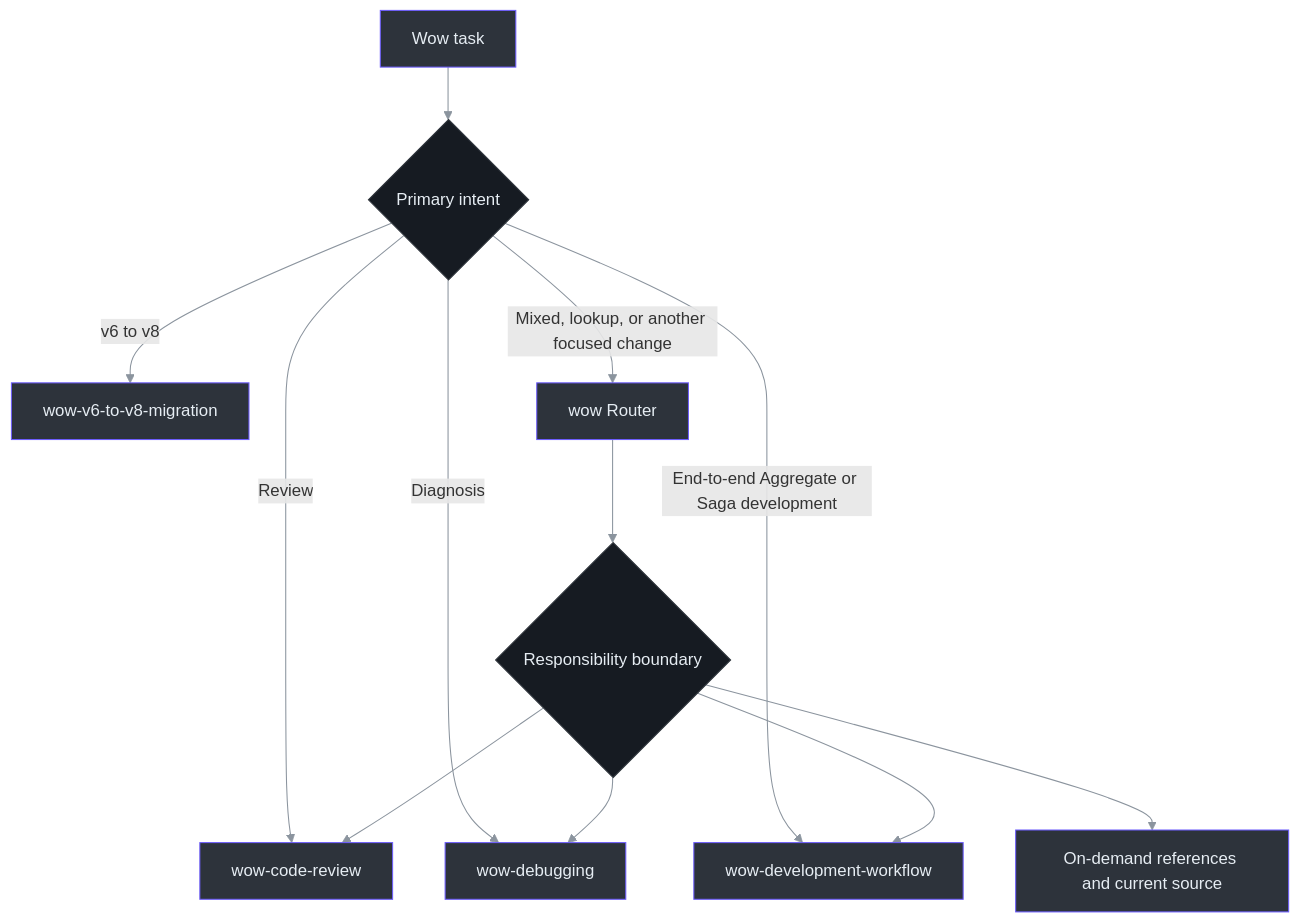
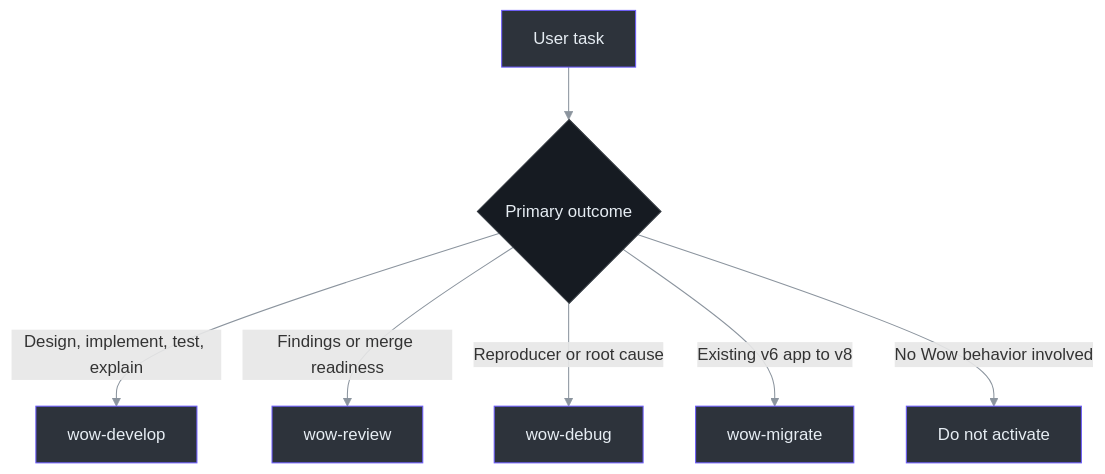
The first of 2 diagrams in documentation/docs/en/guide/skills.md (Ahoo-Wang/Wow), drawn with Mermaid before and after one commit. The commit also changed other lines of this file and 70 other files, not shown here.

````diff
--- a/documentation/docs/en/guide/skills.md
+++ b/documentation/docs/en/guide/skills.md
@@ -84,19 +32,13 @@
 ```mermaid
 flowchart TD
-    Task["Wow task"] --> Intent{"Primary intent"}
-    Intent -->|Review| Review["wow-code-review"]
-    Intent -->|Diagnosis| Debug["wow-debugging"]
-    Intent -->|v6 to v8| Migration["wow-v6-to-v8-migration"]
-    Intent -->|End-to-end Aggregate or Saga development| Workflow["wow-development-workflow"]
-    Intent -->|Mixed, lookup, or another focused change| Router["wow Router"]
-    Router --> Reference{"Responsibility boundary"}
-    Reference --> Workflow
-    Reference --> Review
-    Reference --> Debug
-    Reference --> Focused["On-demand references and current source"]
+    Task["User task"] --> Intent{"Primary outcome"}
+    Intent -->|Design, implement, test, explain| Develop["wow-develop"]
+    Intent -->|Findings or merge readiness| Review["wow-review"]
+    Intent -->|Reproducer or root cause| Debug["wow-debug"]
+    Intent -->|Existing v6 app to v8| Migrate["wow-migrate"]
+    Intent -->|No Wow behavior involved| None["Do not activate"]
 
     classDef default fill:#2d333b,stroke:#6d5dfc,color:#e6edf3
     style Intent fill:#161b22,stroke:#30363d,color:#e6edf3
-    style Reference fill:#161b22,stroke:#30363d,color:#e6edf3
     linkStyle default stroke:#8b949e
 ```
````
